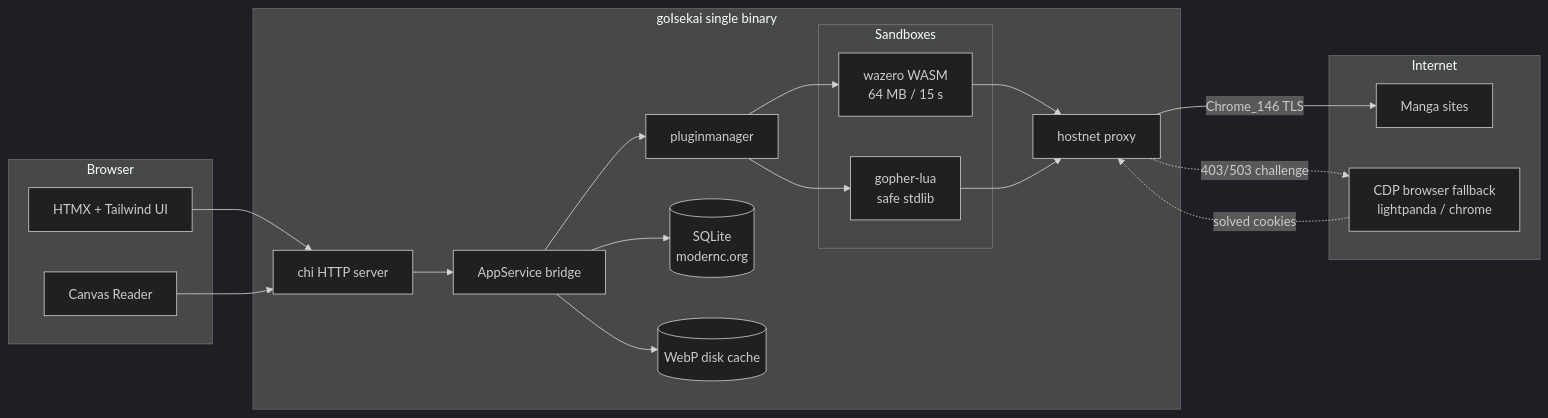
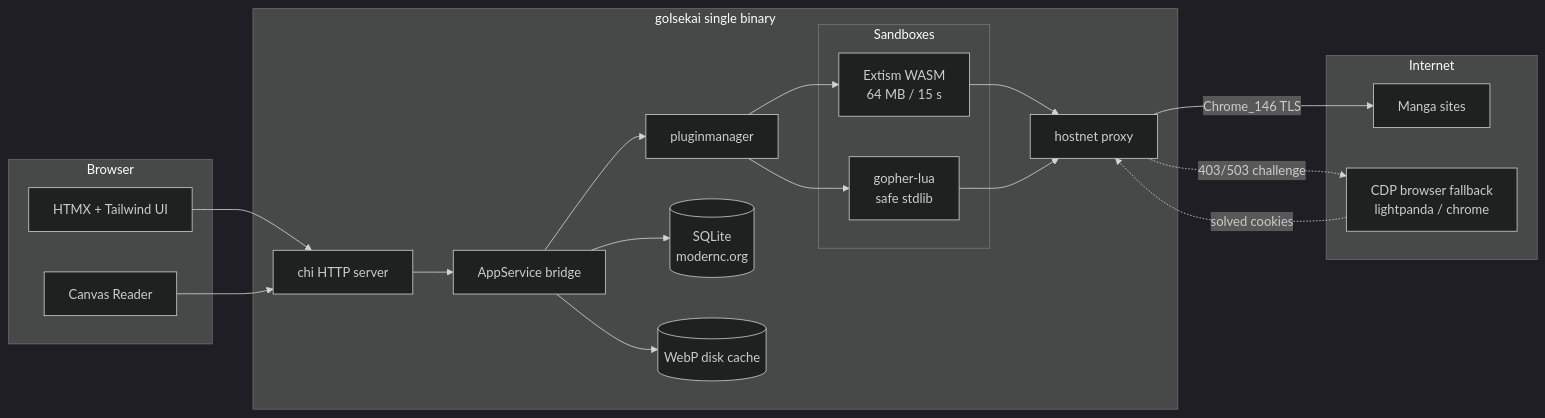
One commit to kenzanin/goIsekai changed the first of 2 diagrams in README.md. Above: the diagram before and after it, drawn with Mermaid (dark theme). The commit also changed other lines of this file and 19 other files, not shown here.

First line of the commit message:
examples: add Lua dummy plugin, rewrite WASM dummy to Extism PDK

````diff
--- a/README.md
+++ b/README.md
@@ -11,39 +11,39 @@
 ```mermaid
 flowchart LR
     subgraph Browser
         UI[HTMX + Tailwind UI]
         Reader[Canvas Reader]
     end
 
     subgraph goIsekai[goIsekai single binary]
         HTTP[chi HTTP server]
         Bridge[AppService bridge]
         PM[pluginmanager]
         subgraph Sandboxes
-            WASM[wazero WASM<br/>64 MB / 15 s]
+            WASM[Extism WASM<br/>64 MB / 15 s]
             Lua[gopher-lua<br/>safe stdlib]
         end
         HostNet[hostnet proxy]
         DB[(SQLite<br/>modernc.org)]
         Cache[(WebP disk cache)]
     end
 
     subgraph Internet
         Sites[Manga sites]
         CDP[CDP browser fallback<br/>lightpanda / chrome]
     end
 
     UI --> HTTP
     Reader --> HTTP
     HTTP --> Bridge
     Bridge --> PM
     PM --> WASM
     PM --> Lua
     WASM --> HostNet
     Lua --> HostNet
     HostNet -->|Chrome_146 TLS| Sites
     HostNet -.->|403/503 challenge| CDP
     CDP -.->|solved cookies| HostNet
     Bridge --> DB
     Bridge --> Cache
 ```
````
